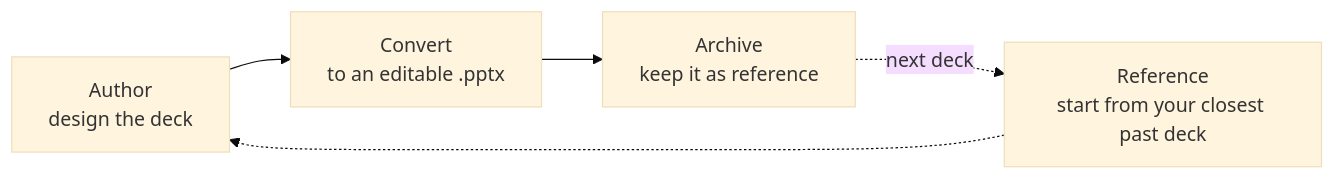
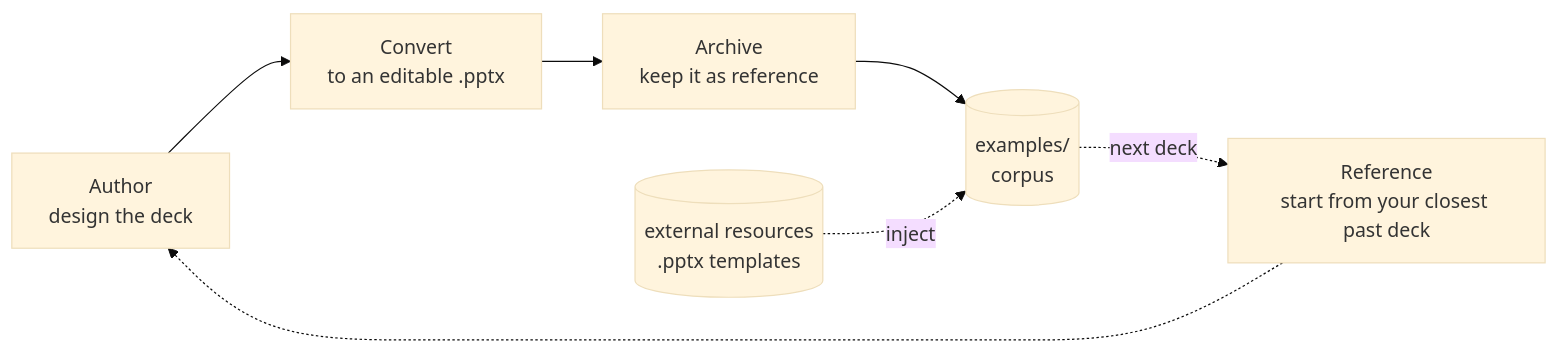
The diagram in README.md (iteam1/deck-maker), drawn with Mermaid (base theme) before and after one commit. The commit also changed 1 other file, not shown here.

Commit message:
docs: show corpus + external resources as db icons in the loop diagrams
Both the README loop and self-improving.md now render the examples/
corpus as a database cylinder, with an external-resources db injecting
downloaded .pptx templates into it (dotted "inject"). Makes the two
diagrams consistent and shows how an outside look enters the loop.

````diff
--- a/README.md
+++ b/README.md
@@ -51,7 +51,9 @@
 ```mermaid
 flowchart LR
     A["Author<br/>design the deck"] --> C["Convert<br/>to an editable .pptx"]
     C --> K["Archive<br/>keep it as reference"]
-    K -.->|"next deck"| R["Reference<br/>start from your closest past deck"]
+    K --> E[("examples/<br/>corpus")]
+    X[("external resources<br/>.pptx templates")] -.->|"inject"| E
+    E -.->|"next deck"| R["Reference<br/>start from your closest past deck"]
     R -.-> A
 ```
````
